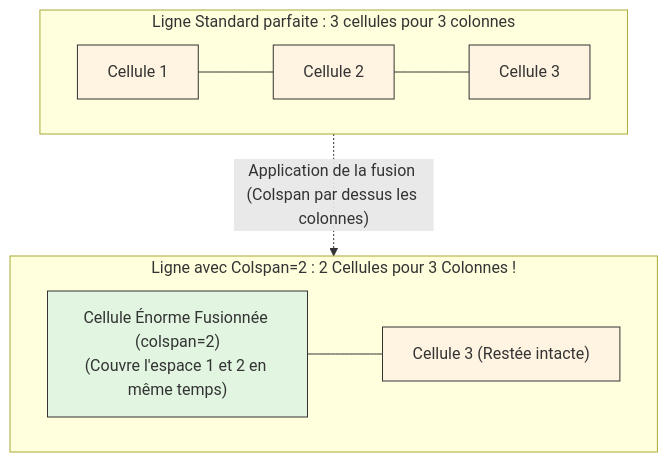
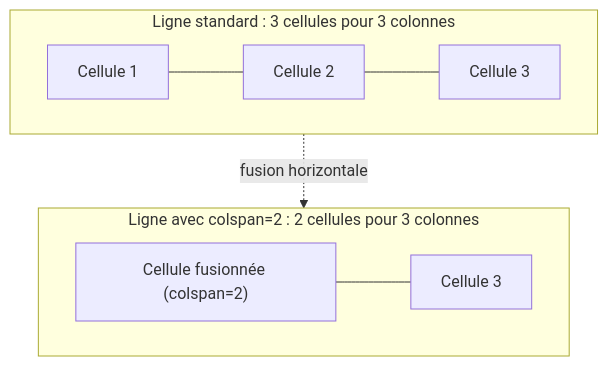
The diagram in docs/dev-cloud/lang/html/04-listes-et-tableaux.md (zyrass/omnydocs), drawn with Mermaid before and after one commit. The commit also changed other lines of this file and 765 other files, not shown here.

````diff
--- a/docs/dev-cloud/lang/html/04-listes-et-tableaux.md
+++ b/docs/dev-cloud/lang/html/04-listes-et-tableaux.md
@@ -179,20 +400,14 @@
 ```mermaid
-graph TD
-    subgraph Ligne_Normale ["Ligne Standard parfaite : 3 cellules pour 3 colonnes"]
+flowchart TD
+    subgraph Ligne_Normale ["Ligne standard : 3 cellules pour 3 colonnes"]
         direction LR
         C1[Cellule 1] --- C2[Cellule 2] --- C3[Cellule 3]
     end
-    
-    subgraph Ligne_Fusionnee ["Ligne avec Colspan=2 : 2 Cellules pour 3 Colonnes !"]
+
+    subgraph Ligne_Fusionnee ["Ligne avec colspan=2 : 2 cellules pour 3 colonnes"]
         direction LR
-        F1["Cellule Énorme Fusionnée (colspan=2)<br>(Couvre l'espace 1 et 2 en même temps)"] --- F2["Cellule 3 (Restée intacte)"]
+        F1["Cellule fusionnée (colspan=2)"] --- F2["Cellule 3"]
     end
-    
-    Ligne_Normale -.->|"Application de la fusion (Colspan par dessus les colonnes)"| Ligne_Fusionnee
-    
-    style C1 fill:#fff4e1,stroke:#333
-    style C2 fill:#fff4e1,stroke:#333
-    style C3 fill:#fff4e1,stroke:#333
-    style F1 fill:#e1f5e1,stroke:#333
-    style F2 fill:#fff4e1,stroke:#333
+
+    Ligne_Normale -.->|"fusion horizontale"| Ligne_Fusionnee
 ```
````
